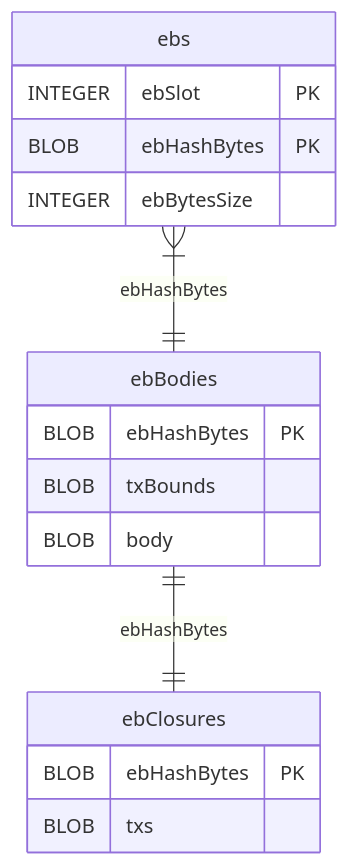
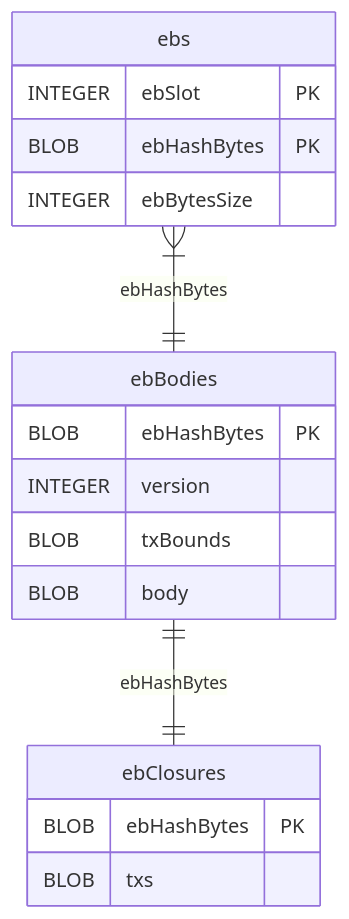
One commit to IntersectMBO/ouroboros-consensus changed the third of 3 diagrams in docs/website/contents/explanations/leiosdb.md. Above: the diagram before and after it, drawn with Mermaid. The commit also changed other lines of this file and 21 other files, not shown here.

````diff
--- a/docs/website/contents/explanations/leiosdb.md
+++ b/docs/website/contents/explanations/leiosdb.md
@@ -80,20 +81,21 @@
 ```mermaid
 erDiagram
     ebs {
         INTEGER ebSlot PK
         BLOB ebHashBytes PK
         INTEGER ebBytesSize
     }
     ebBodies {
         BLOB ebHashBytes PK
+        INTEGER version
         BLOB txBounds
         BLOB body
     }
     ebClosures {
         BLOB ebHashBytes PK
         BLOB txs
     }
 
     ebs }|--|| ebBodies : "ebHashBytes"
     ebBodies ||--|| ebClosures : "ebHashBytes"
 ```
````
